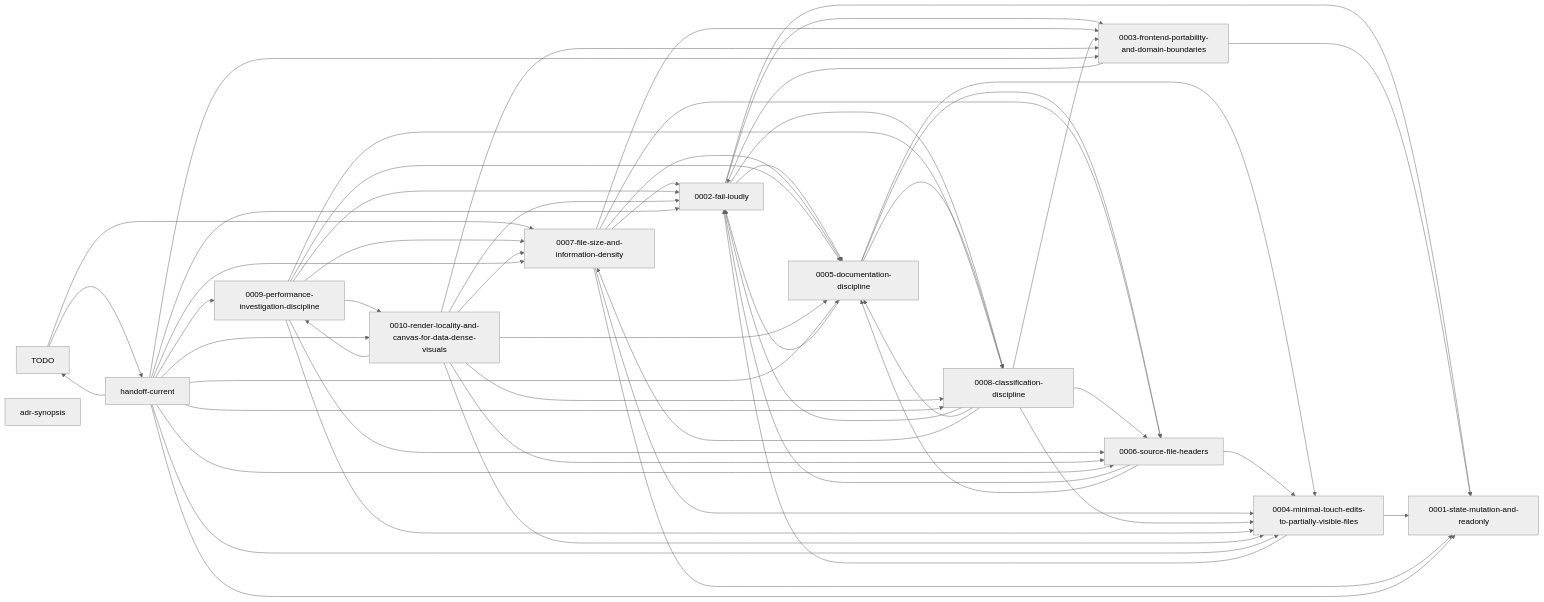
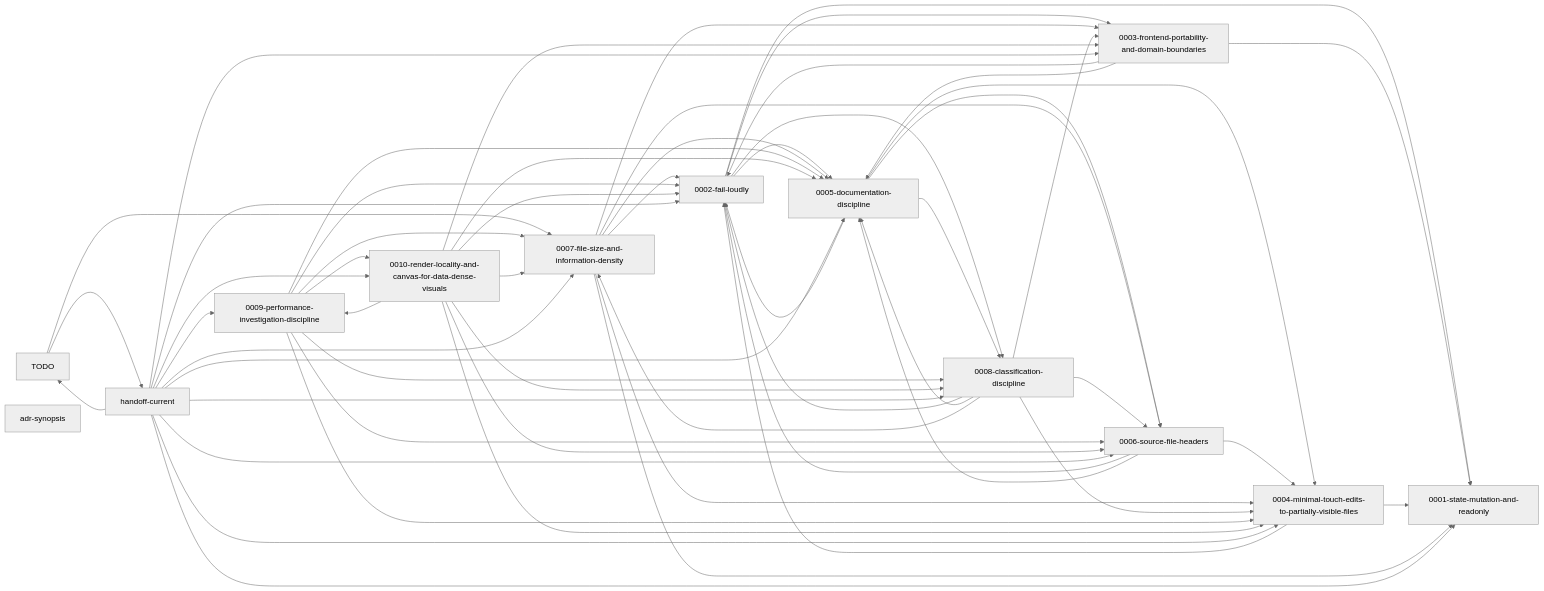
Before and after one commit to KodBena/LengYue: the diagram in docs/doc-graph.md, drawn with Mermaid (neutral theme). The commit also changed other lines of this file and 10 other files, not shown here.

````diff
--- a/docs/doc-graph.md
+++ b/docs/doc-graph.md
@@ -81,71 +81,72 @@
 ```mermaid
 flowchart LR
   n0["TODO"]
   n1["adr-synopsis"]
   n2["0001-state-mutation-and-readonly"]
   n3["0002-fail-loudly"]
   n4["0003-frontend-portability-and-domain-boundaries"]
   n5["0004-minimal-touch-edits-to-partially-visible-files"]
   n6["0005-documentation-discipline"]
   n7["0006-source-file-headers"]
   n8["0007-file-size-and-information-density"]
   n9["0008-classification-discipline"]
   n10["0009-performance-investigation-discipline"]
   n11["0010-render-locality-and-canvas-for-data-dense-visuals"]
   n12["handoff-current"]
   n0 --> n8
   n0 --> n12
   n3 --> n2
   n3 --> n6
   n3 --> n9
   n3 --> n4
   n4 --> n2
   n4 --> n3
+  n4 --> n6
   n5 --> n3
   n5 --> n2
   n6 --> n3
   n6 --> n5
   n6 --> n9
   n6 --> n7
   n7 --> n3
   n7 --> n5
   n7 --> n6
   n8 --> n3
   n8 --> n5
   n8 --> n6
   n8 --> n7
   n8 --> n2
   n8 --> n4
   n9 --> n3
   n9 --> n5
   n9 --> n6
   n9 --> n7
   n9 --> n8
   n9 --> n4
   n10 --> n3
   n10 --> n5
   n10 --> n6
   n10 --> n7
   n10 --> n8
   n10 --> n9
   n10 --> n11
   n11 --> n3
   n11 --> n5
   n11 --> n6
   n11 --> n7
   n11 --> n8
   n11 --> n9
   n11 --> n10
   n11 --> n4
   n12 --> n4
   n12 --> n2
   n12 --> n3
   n12 --> n5
   n12 --> n6
   n12 --> n7
   n12 --> n8
   n12 --> n9
   n12 --> n10
   n12 --> n11
   n12 --> n0
 ```
````
